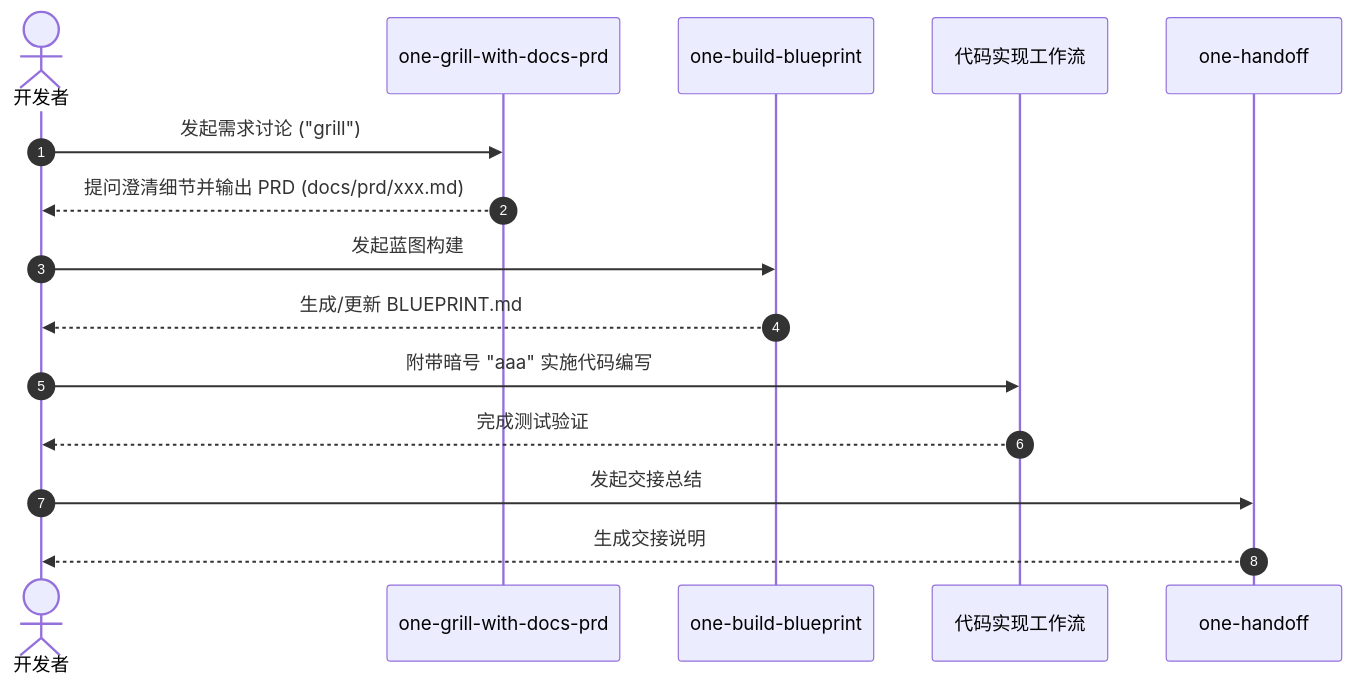
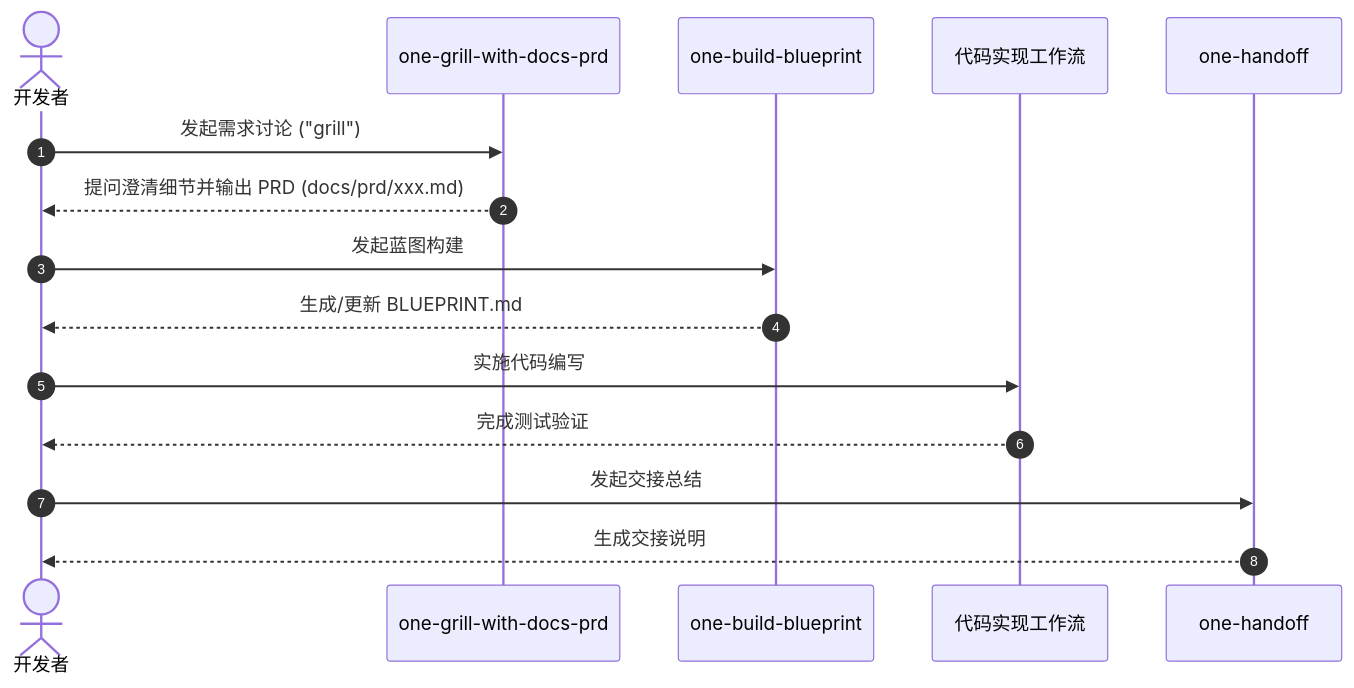
Before and after one commit to wupengbo125/one-skills: the diagram in onewiki/workflows/design-planning-workflows.md, drawn with Mermaid. The commit also changed 7 other files, not shown here.

````diff
--- a/onewiki/workflows/design-planning-workflows.md
+++ b/onewiki/workflows/design-planning-workflows.md
@@ -19,18 +19,18 @@
 ```mermaid
 sequenceDiagram
     autonumber
     actor Developer as 开发者
     participant Grill as one-grill-with-docs-prd
     participant Blueprint as one-build-blueprint
     participant Impl as 代码实现工作流
     participant Handoff as one-handoff
 
     Developer->>Grill: 发起需求讨论 ("grill")
     Grill-->>Developer: 提问澄清细节并输出 PRD (docs/prd/xxx.md)
     Developer->>Blueprint: 发起蓝图构建
     Blueprint-->>Developer: 生成/更新 BLUEPRINT.md
-    Developer->>Impl: 附带暗号 "aaa" 实施代码编写
+    Developer->>Impl: 实施代码编写
     Impl-->>Developer: 完成测试验证
     Developer->>Handoff: 发起交接总结
     Handoff-->>Developer: 生成交接说明
 ```
````
